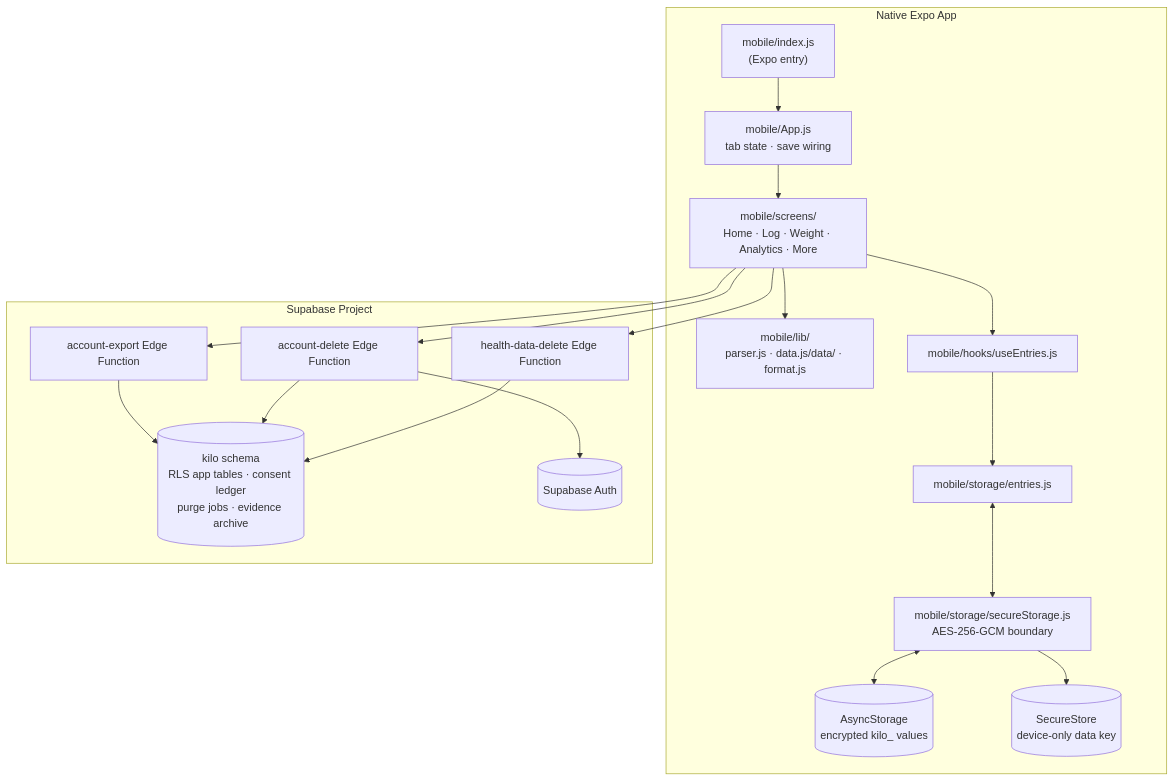
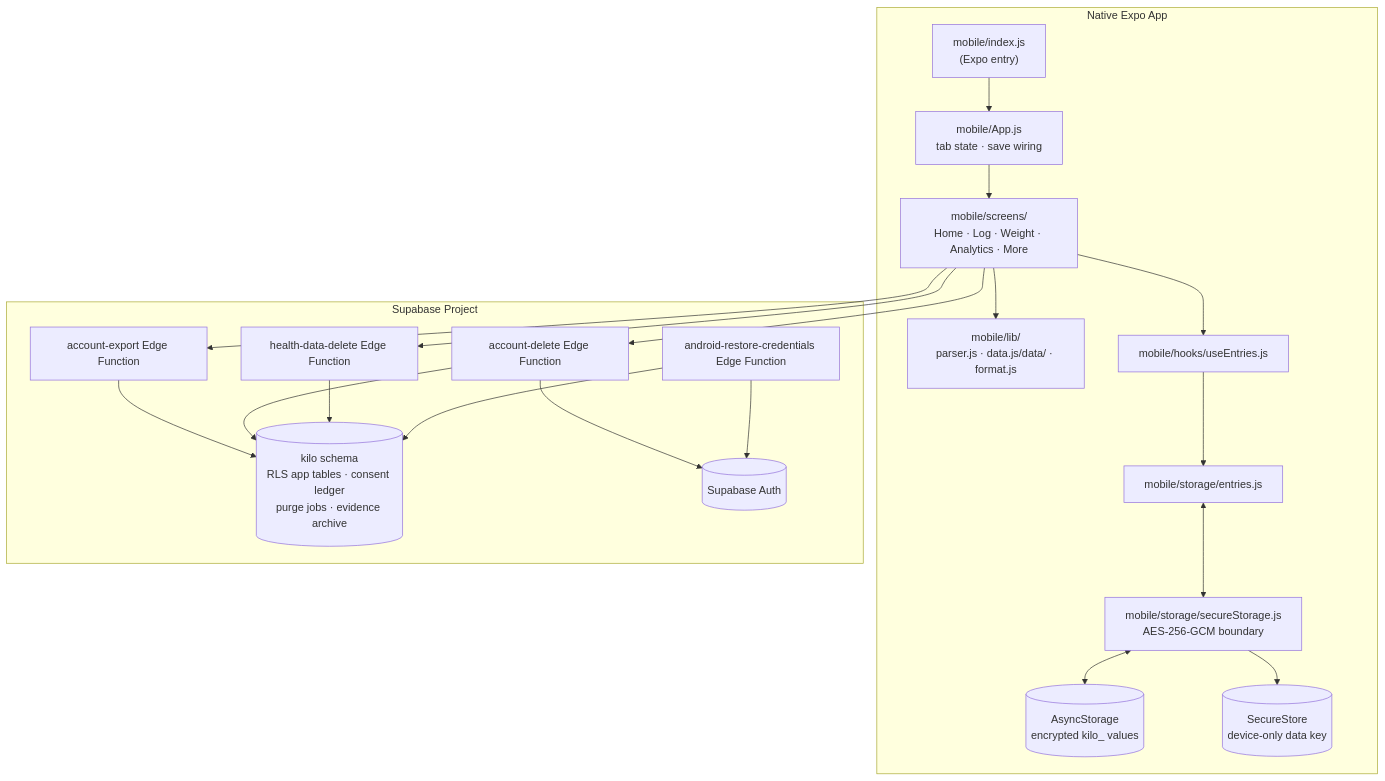
Before and after one commit to bpronin90/kilo: the diagram in docs/architecture.md, drawn with Mermaid. The commit also changed other lines of this file and 21 other files, not shown here.

First line of the commit message:
Add Android Restore Credentials server trust boundary (#1157) (#1161)

````diff
--- a/docs/architecture.md
+++ b/docs/architecture.md
@@ -18,37 +18,40 @@
 ```mermaid
 graph TD
     subgraph expo["Native Expo App"]
         ExpoEntry["mobile/index.js\n(Expo entry)"]
         AppJs["mobile/App.js\ntab state · save wiring"]
         NativeScreens["mobile/screens/\nHome · Log · Weight · Analytics · More"]
         NativeLib["mobile/lib/\nparser.js · data.js/data/ · format.js"]
         NativeHooks["mobile/hooks/useEntries.js"]
         NativeStorage["mobile/storage/entries.js"]
         SecureStorage["mobile/storage/secureStorage.js\nAES-256-GCM boundary"]
         AS[("AsyncStorage\nencrypted kilo_ values")]
         DeviceKey[("SecureStore\ndevice-only data key")]
     end
     subgraph supabase["Supabase Project"]
         EdgeExport["account-export Edge Function"]
         EdgeDelete["account-delete Edge Function"]
         EdgeHealthDelete["health-data-delete Edge Function"]
+        EdgeRestore["android-restore-credentials Edge Function"]
         KiloSchema[("kilo schema\nRLS app tables · consent ledger\npurge jobs · evidence archive")]
         Auth[("Supabase Auth")]
     end
 
     ExpoEntry --> AppJs
     AppJs --> NativeScreens
     NativeScreens --> NativeLib
     NativeScreens --> NativeHooks
     NativeHooks --> NativeStorage
     NativeStorage <--> SecureStorage
     SecureStorage <--> AS
     SecureStorage --> DeviceKey
     NativeScreens --> EdgeExport
     NativeScreens --> EdgeDelete
     NativeScreens --> EdgeHealthDelete
     EdgeExport --> KiloSchema
     EdgeDelete --> KiloSchema
     EdgeHealthDelete --> KiloSchema
+    EdgeRestore --> KiloSchema
     EdgeDelete --> Auth
+    EdgeRestore --> Auth
 ```
````
